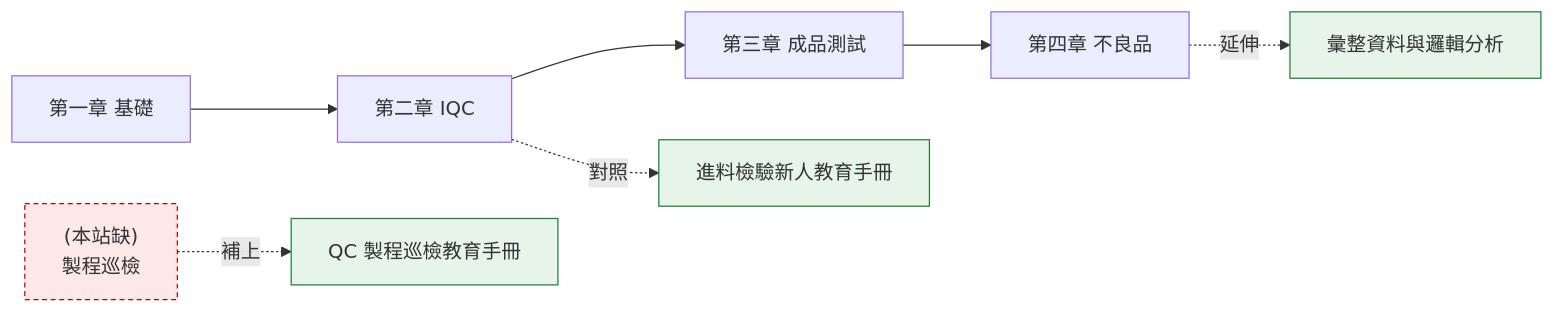
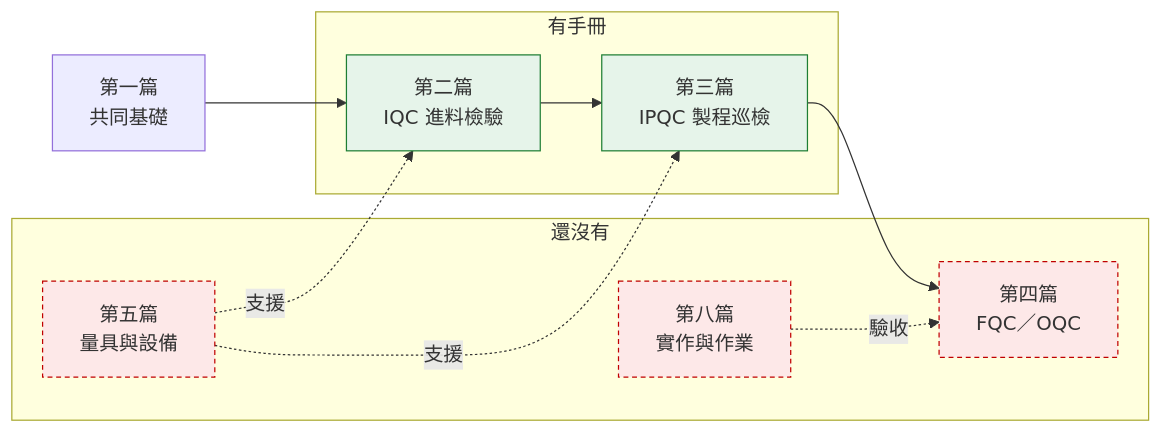
The diagram in handbook/index.md (loin123-rgb/qa-training), drawn with Mermaid before and after one commit. The commit also changed other lines of this file and 2 other files, not shown here.

````diff
--- a/handbook/index.md
+++ b/handbook/index.md
@@ -28,15 +42,22 @@
 ```mermaid
 flowchart LR
-    A["第一章 基礎"] --> B["第二章 IQC"]
-    B --> C["第三章 成品測試"]
-    C --> D["第四章 不良品"]
+    subgraph 有手冊
+        P2["第二篇<br/>IQC 進料檢驗"]
+        P3["第三篇<br/>IPQC 製程巡檢"]
+    end
+    subgraph 還沒有
+        P4["第四篇<br/>FQC／OQC"]
+        P5["第五篇<br/>量具與設備"]
+        P8["第八篇<br/>實作與作業"]
+    end
+    P1["第一篇<br/>共同基礎"] --> P2 --> P3 --> P4
+    P5 -.支援.-> P2
+    P5 -.支援.-> P3
+    P8 -.驗收.-> P4
 
-    B -.對照.-> H1["進料檢驗新人教育手冊"]
-    E["(本站缺)<br/>製程巡檢"] -.補上.-> H2["QC 製程巡檢教育手冊"]
-    D -.延伸.-> H3["彙整資料與邏輯分析"]
-
-    style H1 fill:#e6f4ea,stroke:#1e7e34
-    style H2 fill:#e6f4ea,stroke:#1e7e34
-    style H3 fill:#e6f4ea,stroke:#1e7e34
-    style E fill:#fde8e8,stroke:#c00000,stroke-dasharray:4 3
+    style P2 fill:#e6f4ea,stroke:#1e7e34
+    style P3 fill:#e6f4ea,stroke:#1e7e34
+    style P4 fill:#fde8e8,stroke:#c00000,stroke-dasharray:4 3
+    style P5 fill:#fde8e8,stroke:#c00000,stroke-dasharray:4 3
+    style P8 fill:#fde8e8,stroke:#c00000,stroke-dasharray:4 3
 ```
````
